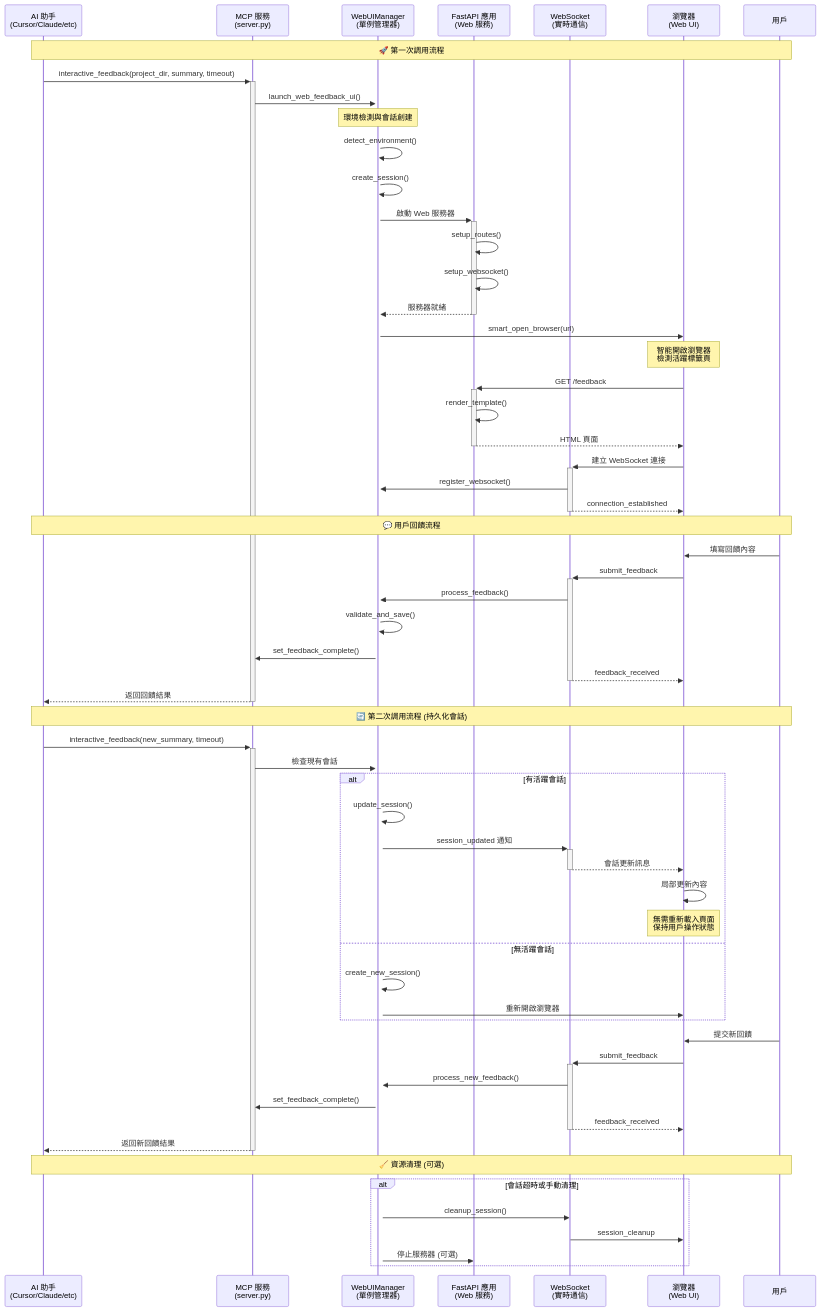
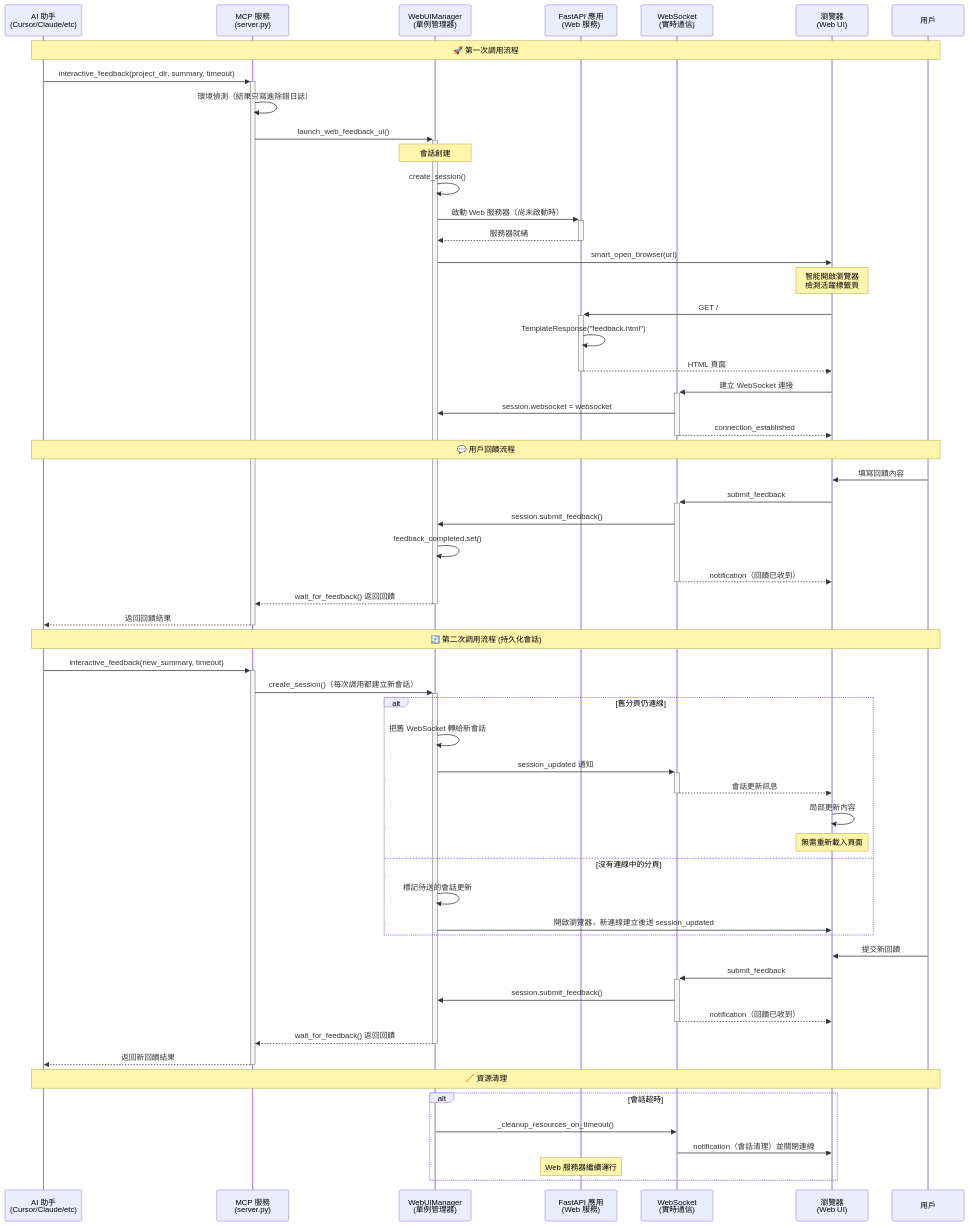
One commit to CloudEngineHub/mcp-feedback-enhanced changed the first of 12 diagrams in docs/architecture/interaction-flows.md. Above: the diagram before and after it, drawn with Mermaid. The commit also changed other lines of this file, not shown here.

Commit message:
📝 交互流程文件改用實際的方法名、WebSocket 訊息與前端回饋狀態，移除虛構的環境偵測與會話管理虛擬碼

````diff
--- a/docs/architecture/interaction-flows.md
+++ b/docs/architecture/interaction-flows.md
@@ -19,72 +19,70 @@
 ```mermaid
 sequenceDiagram
     participant AI as AI 助手<br/>(Cursor/Claude/etc)
     participant MCP as MCP 服務<br/>(server.py)
     participant WM as WebUIManager<br/>(單例管理器)
     participant FastAPI as FastAPI 應用<br/>(Web 服務)
     participant WS as WebSocket<br/>(實時通信)
     participant Browser as 瀏覽器<br/>(Web UI)
     participant User as 用戶
 
     Note over AI,User: 🚀 第一次調用流程
     AI->>+MCP: interactive_feedback(project_dir, summary, timeout)
+    MCP->>MCP: 環境偵測（結果只寫進除錯日誌）
     MCP->>+WM: launch_web_feedback_ui()
 
-    Note over WM: 環境檢測與會話創建
-    WM->>WM: detect_environment()
+    Note over WM: 會話創建
     WM->>WM: create_session()
 
-    WM->>+FastAPI: 啟動 Web 服務器
-    FastAPI->>FastAPI: setup_routes()
-    FastAPI->>FastAPI: setup_websocket()
+    WM->>+FastAPI: 啟動 Web 服務器（尚未啟動時）
     FastAPI-->>-WM: 服務器就緒
 
     WM->>Browser: smart_open_browser(url)
     Note over Browser: 智能開啟瀏覽器<br/>檢測活躍標籤頁
 
-    Browser->>+FastAPI: GET /feedback
-    FastAPI->>FastAPI: render_template()
+    Browser->>+FastAPI: GET /
+    FastAPI->>FastAPI: TemplateResponse("feedback.html")
     FastAPI-->>-Browser: HTML 頁面
 
     Browser->>+WS: 建立 WebSocket 連接
-    WS->>WM: register_websocket()
+    WS->>WM: session.websocket = websocket
     WS-->>-Browser: connection_established
 
     Note over AI,User: 💬 用戶回饋流程
     User->>Browser: 填寫回饋內容
     Browser->>+WS: submit_feedback
-    WS->>WM: process_feedback()
-    WM->>WM: validate_and_save()
-    WM->>MCP: set_feedback_complete()
-    WS-->>-Browser: feedback_received
+    WS->>WM: session.submit_feedback()
+    WM->>WM: feedback_completed.set()
+    WS-->>-Browser: notification（回饋已收到）
+    WM-->>-MCP: wait_for_feedback() 返回回饋
     MCP-->>-AI: 返回回饋結果
 
     Note over AI,User: 🔄 第二次調用流程 (持久化會話)
     AI->>+MCP: interactive_feedback(new_summary, timeout)
-    MCP->>+WM: 檢查現有會話
+    MCP->>+WM: create_session()（每次調用都建立新會話）
 
-    alt 有活躍會話
-        WM->>WM: update_session()
+    alt 舊分頁仍連線
+        WM->>WM: 把舊 WebSocket 轉給新會話
         WM->>+WS: session_updated 通知
         WS-->>-Browser: 會話更新訊息
         Browser->>Browser: 局部更新內容
-        Note over Browser: 無需重新載入頁面<br/>保持用戶操作狀態
-    else 無活躍會話
-        WM->>WM: create_new_session()
-        WM->>Browser: 重新開啟瀏覽器
+        Note over Browser: 無需重新載入頁面
+    else 沒有連線中的分頁
+        WM->>WM: 標記待送的會話更新
+        WM->>Browser: 開啟瀏覽器，新連線建立後送 session_updated
     end
 
     User->>Browser: 提交新回饋
     Browser->>+WS: submit_feedback
-    WS->>WM: process_new_feedback()
-    WM->>MCP: set_feedback_complete()
-    WS-->>-Browser: feedback_received
+    WS->>WM: session.submit_feedback()
+    WS-->>-Browser: notification（回饋已收到）
+    WM-->>-MCP: wait_for_feedback() 返回回饋
     MCP-->>-AI: 返回新回饋結果
 
-    Note over AI,User: 🧹 資源清理 (可選)
-    alt 會話超時或手動清理
-        WM->>WS: cleanup_session()
-        WS->>Browser: session_cleanup
-        WM->>FastAPI: 停止服務器 (可選)
+    Note over AI,User: 🧹 資源清理
+    alt 會話超時
+        WM->>WS: _cleanup_resources_on_timeout()
+        WS->>Browser: notification（會話清理）並關閉連線
+        Note over FastAPI: Web 服務器繼續運行
     end
 ```
````
